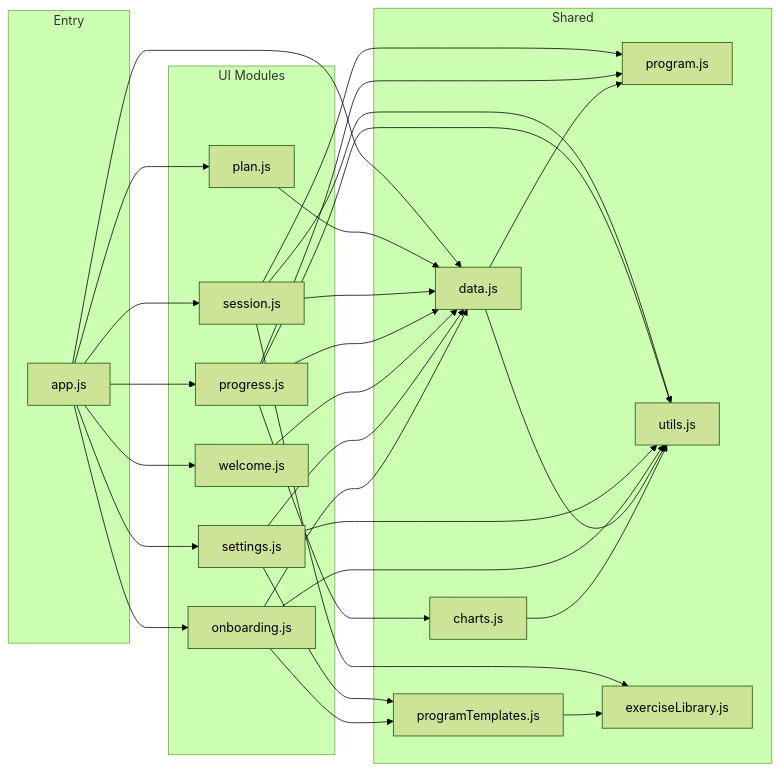
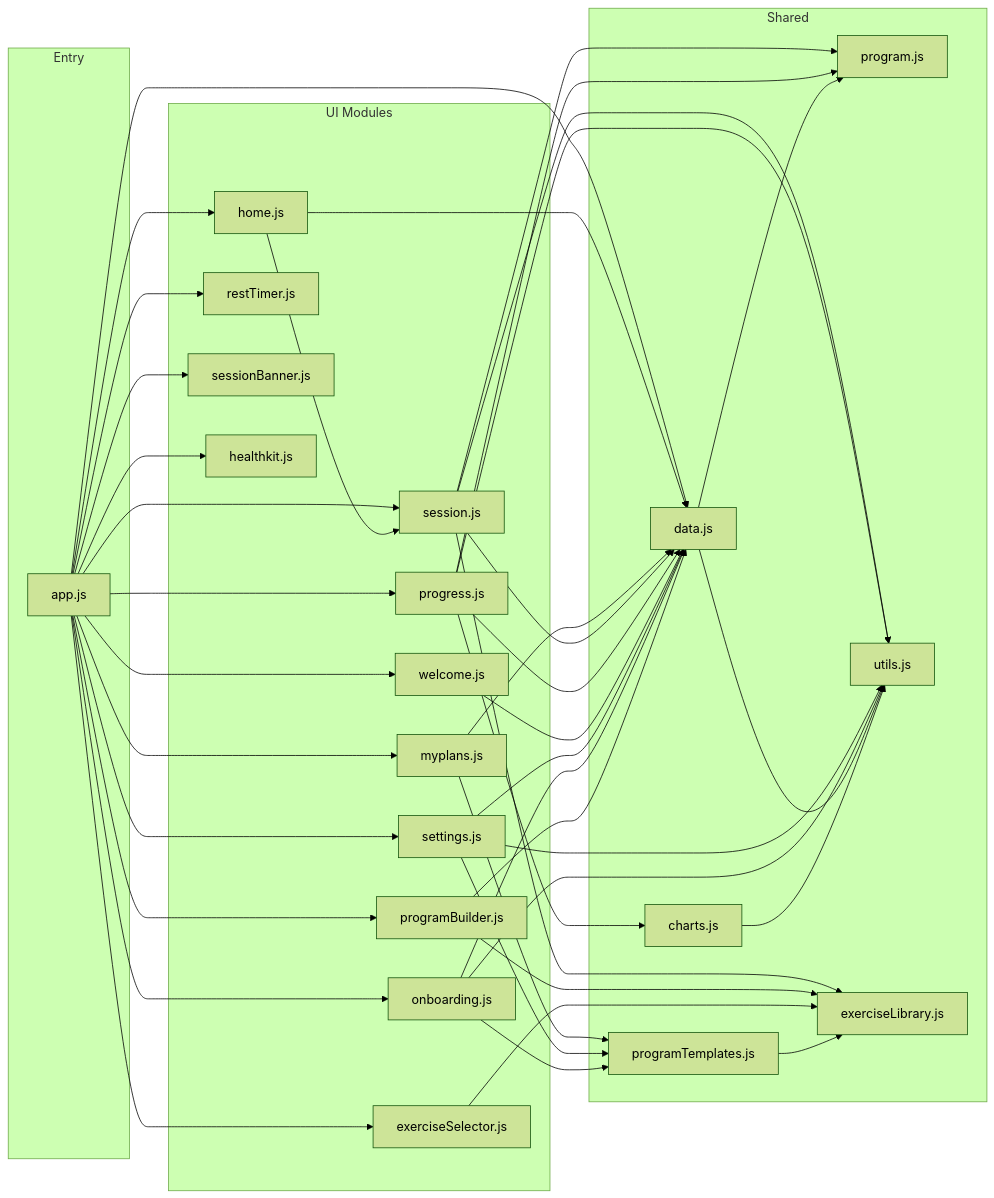
The second of 8 diagrams in ARCHITECTURE.md (reidrussell-alt/lifting-tracker-Application), drawn with Mermaid (forest theme) before and after one commit. The commit also changed other lines of this file and 6 other files, not shown here.

First line of the commit message:
Redesign Home and My Plans tabs — workout launchpad + program workshop

````diff
--- a/ARCHITECTURE.md
+++ b/ARCHITECTURE.md
@@ -77,59 +87,79 @@
 ```mermaid
 graph LR
     subgraph Entry
         app.js
     end
 
     subgraph UI Modules
-        plan.js
+        home.js
+        myplans.js
         session.js
         progress.js
         welcome.js
         settings.js
         onboarding.js
+        programBuilder.js
+        exerciseSelector.js
+        restTimer.js
+        sessionBanner.js
+        healthkit.js
     end
 
     subgraph Shared
         data.js
         program.js
         utils.js
         charts.js
         exerciseLibrary.js
         programTemplates.js
     end
 
-    app.js --> plan.js
+    app.js --> home.js
+    app.js --> myplans.js
     app.js --> session.js
     app.js --> progress.js
     app.js --> welcome.js
     app.js --> settings.js
     app.js --> onboarding.js
+    app.js --> programBuilder.js
+    app.js --> exerciseSelector.js
+    app.js --> restTimer.js
+    app.js --> sessionBanner.js
+    app.js --> healthkit.js
     app.js --> data.js
 
-    plan.js --> data.js
+    home.js --> data.js
+    home.js --> session.js
+
+    myplans.js --> data.js
+    myplans.js --> programTemplates.js
 
     session.js --> data.js
     session.js --> program.js
     session.js --> exerciseLibrary.js
     session.js --> utils.js
 
     progress.js --> data.js
     progress.js --> program.js
     progress.js --> utils.js
     progress.js --> charts.js
 
     welcome.js --> data.js
 
     settings.js --> data.js
     settings.js --> programTemplates.js
     settings.js --> utils.js
 
     onboarding.js --> data.js
     onboarding.js --> programTemplates.js
     onboarding.js --> utils.js
 
+    programBuilder.js --> data.js
+    programBuilder.js --> exerciseLibrary.js
+    exerciseSelector.js --> exerciseLibrary.js
+
     data.js --> utils.js
     data.js --> program.js
     programTemplates.js --> exerciseLibrary.js
     charts.js --> utils.js
 ```
````
